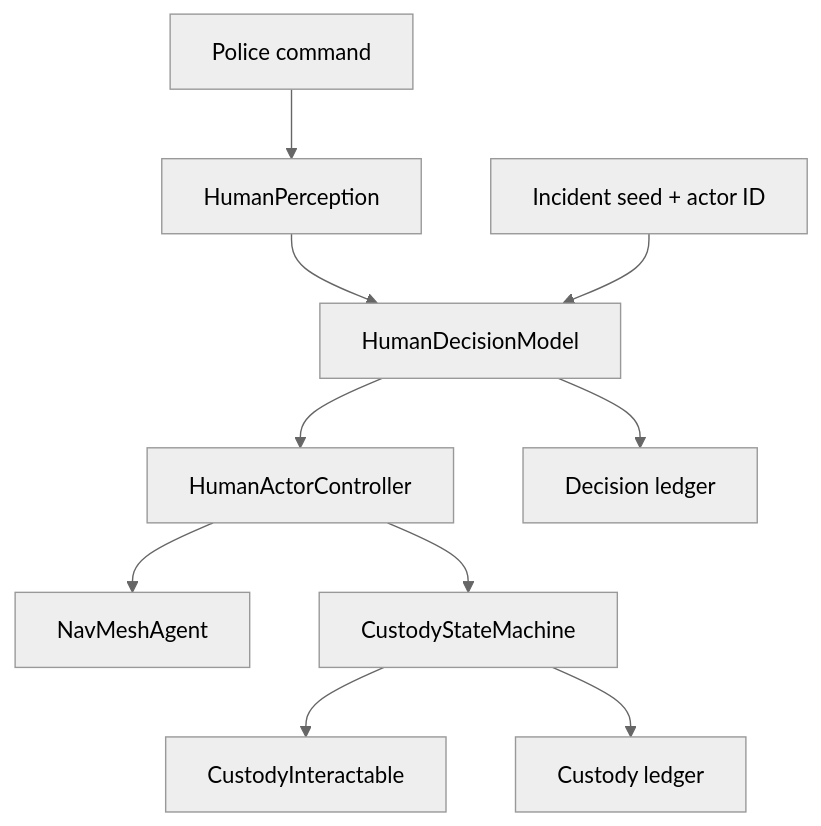
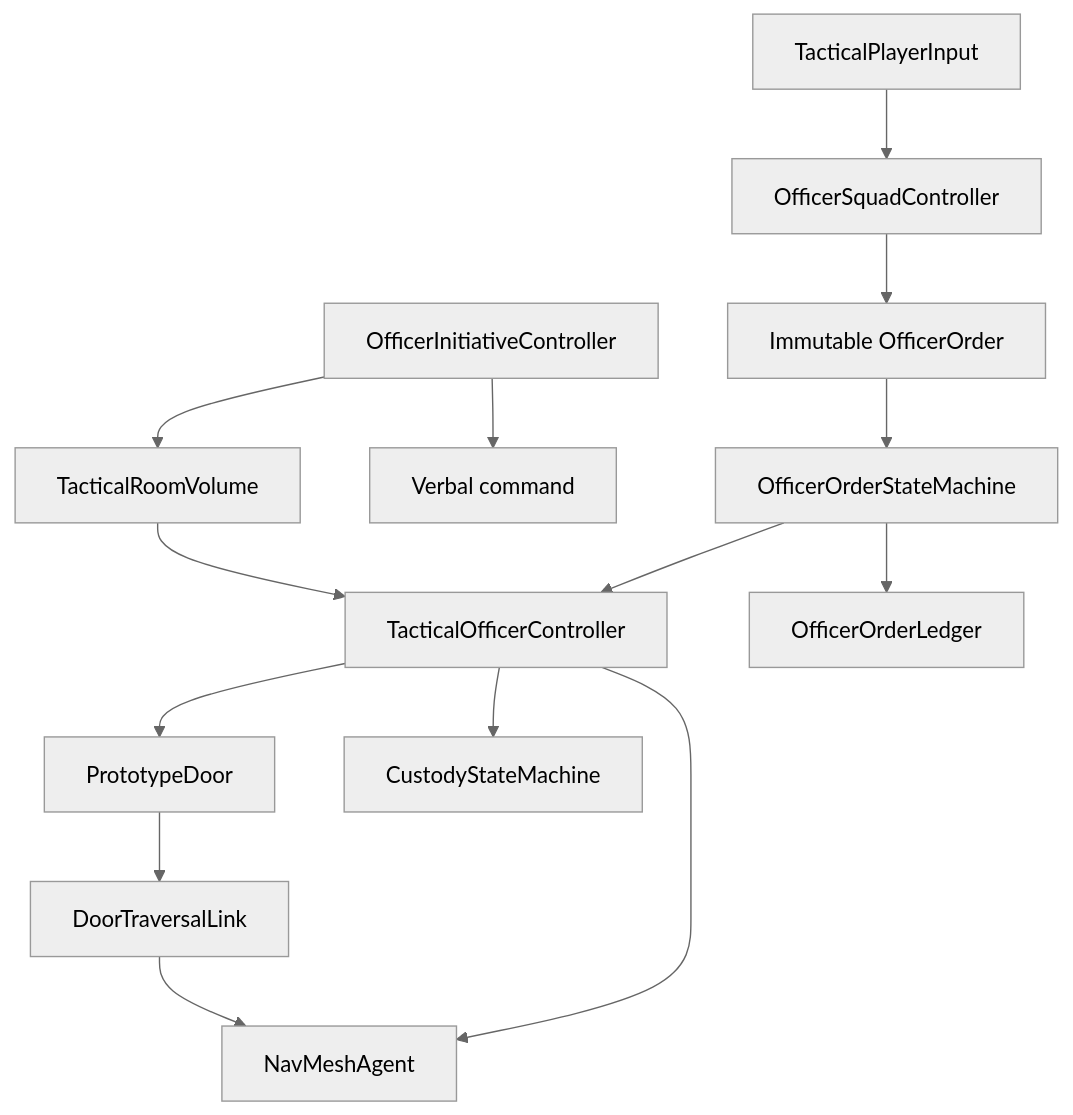
The diagram in SYSTEM_MAP.md (jaychase464-maker/RoE-v3), drawn with Mermaid (neutral theme) before and after one commit. The commit also changed other lines of this file and 89 other files, not shown here.

Commit message:
Add bounded officer initiative and room clearance

````diff
--- a/SYSTEM_MAP.md
+++ b/SYSTEM_MAP.md
@@ -5,12 +5,16 @@
 ```mermaid
 flowchart TD
-    Command[Police command] --> Perception[HumanPerception]
-    Perception --> Decision[HumanDecisionModel]
-    Seed[Incident seed + actor ID] --> Decision
-    Decision --> Behavior[HumanActorController]
-    Behavior --> Navigation[NavMeshAgent]
-    Behavior --> Custody[CustodyStateMachine]
-    Custody --> Interaction[CustodyInteractable]
-    Decision --> DecisionLedger[Decision ledger]
-    Custody --> CustodyLedger[Custody ledger]
+    Input[TacticalPlayerInput] --> Squad[OfficerSquadController]
+    Squad --> Order[Immutable OfficerOrder]
+    Order --> Lifecycle[OfficerOrderStateMachine]
+    Lifecycle --> Execution[TacticalOfficerController]
+    Execution --> Navigation[NavMeshAgent]
+    Execution --> Door[PrototypeDoor]
+    Door --> Link[DoorTraversalLink]
+    Link --> Navigation
+    Initiative[OfficerInitiativeController] --> Challenge[Verbal command]
+    Initiative --> Room[TacticalRoomVolume]
+    Room --> Execution
+    Execution --> Custody[CustodyStateMachine]
+    Lifecycle --> Ledger[OfficerOrderLedger]
 ```
````
